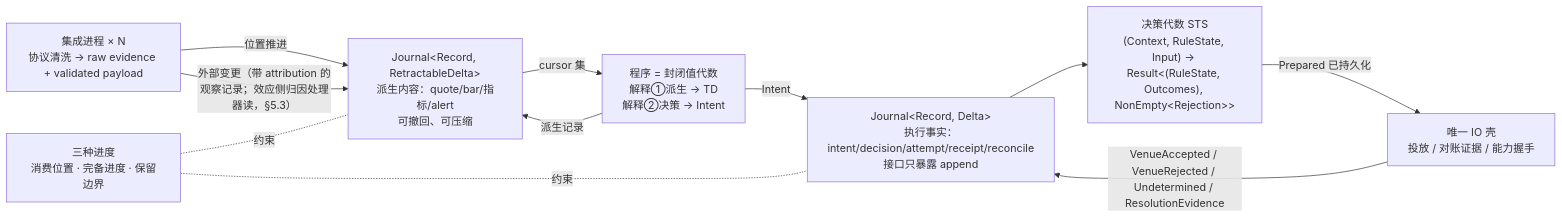
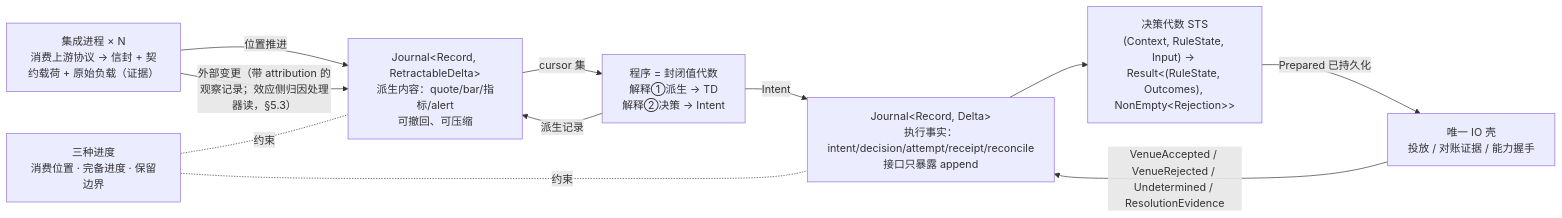
Before and after one commit to mouriya-s-lab/uta: the diagram in design/core/00-reading-guide.md, drawn with Mermaid. The commit also changed other lines of this file and 15 other files, not shown here.

````diff
--- a/design/core/00-reading-guide.md
+++ b/design/core/00-reading-guide.md
@@ -40,20 +52,20 @@
 ```mermaid
 flowchart LR
-  INT["集成进程 × N<br/>协议清洗 → raw evidence + validated payload"]
+  INT["集成进程 × N<br/>消费上游协议 → 信封 + 契约载荷 + 原始负载（证据）"]
   TD["Journal&lt;Record, RetractableDelta&gt;<br/>派生内容：quote/bar/指标/alert<br/>可撤回、可压缩"]
   TE["Journal&lt;Record, Delta&gt;<br/>执行事实：intent/decision/attempt/receipt/reconcile<br/>接口只暴露 append"]
   STS["决策代数 STS<br/>(Context, RuleState, Input) → Result&lt;(RuleState, Outcomes), NonEmpty&lt;Rejection&gt;&gt;"]
   PROG["程序 = 封闭值代数<br/>解释①派生 → TD<br/>解释②决策 → Intent"]
   IO["唯一 IO 壳<br/>投放 / 对账证据 / 能力握手"]
   FR["三种进度<br/>消费位置 · 完备进度 · 保留边界"]
   INT -->|位置推进| TD
   TD -->|cursor 集| PROG
   PROG -->|派生记录| TD
   PROG -->|Intent| TE
   TE --> STS
   STS -->|Prepared 已持久化| IO
   IO -->|VenueAccepted / VenueRejected / Undetermined / ResolutionEvidence| TE
   INT -->|外部变更（带 attribution 的观察记录；效应侧归因处理器读，§5.3）| TD
   FR -.约束.- TD
   FR -.约束.- TE
 ```
````
